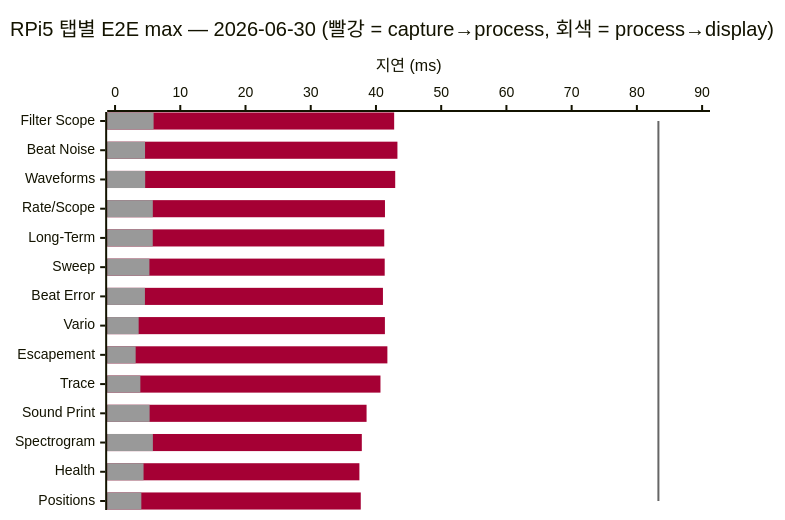
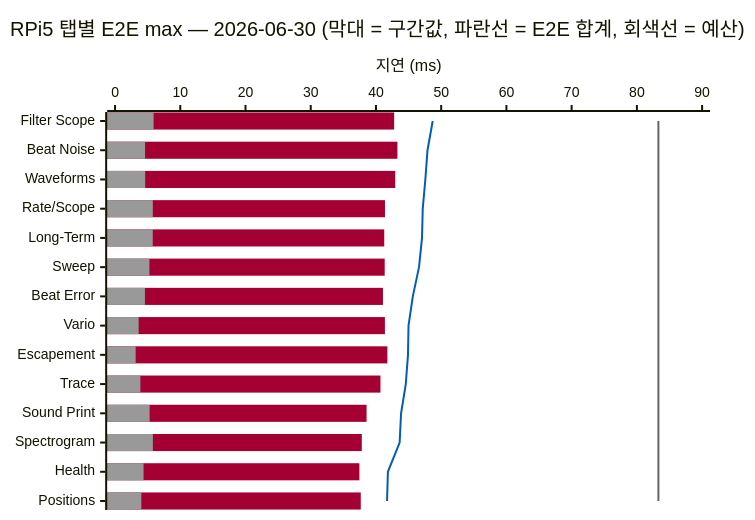
Before and after one commit to lgcmu2026-team5/TimeGrapher-Docs: the fourth of 6 diagrams in Milestone/ko/4-Planned-Experiments.md, drawn with Mermaid. The commit also changed other lines of this file and 1 other file, not shown here.

Commit message:
docs: align EXP-03 split chart with table

````diff
--- a/Milestone/ko/4-Planned-Experiments.md
+++ b/Milestone/ko/4-Planned-Experiments.md
@@ -192,10 +192,11 @@
 ```mermaid
-%%{init: {"themeVariables": {"xyChart": {"plotColorPalette": "#A50034, #999999, #666666"}}}}%%
+%%{init: {"themeVariables": {"xyChart": {"plotColorPalette": "#A50034, #999999, #005EB8, #666666"}}}}%%
 xychart-beta horizontal
-    title "RPi5 탭별 E2E max — 2026-06-30 (빨강 = capture→process, 회색 = process→display)"
+    title "RPi5 탭별 E2E max — 2026-06-30 (막대 = 구간값, 파란선 = E2E 합계, 회색선 = 예산)"
     x-axis ["Filter Scope", "Beat Noise", "Waveforms", "Rate/Scope", "Long-Term", "Sweep", "Beat Error", "Vario", "Escapement", "Trace", "Sound Print", "Spectrogram", "Health", "Positions"]
     y-axis "지연 (ms)" 0 --> 90
     bar [42.79, 43.29, 42.95, 41.38, 41.27, 41.34, 41.07, 41.37, 41.75, 40.69, 38.56, 37.83, 37.46, 37.67]
     bar [5.91, 4.60, 4.62, 5.79, 5.78, 5.27, 4.58, 3.62, 3.16, 3.88, 5.30, 5.80, 4.37, 4.03]
+    line [48.70, 47.90, 47.57, 47.17, 47.06, 46.60, 45.65, 44.99, 44.91, 44.57, 43.85, 43.63, 41.83, 41.70]
     line [83.3, 83.3, 83.3, 83.3, 83.3, 83.3, 83.3, 83.3, 83.3, 83.3, 83.3, 83.3, 83.3, 83.3]
 ```
````
